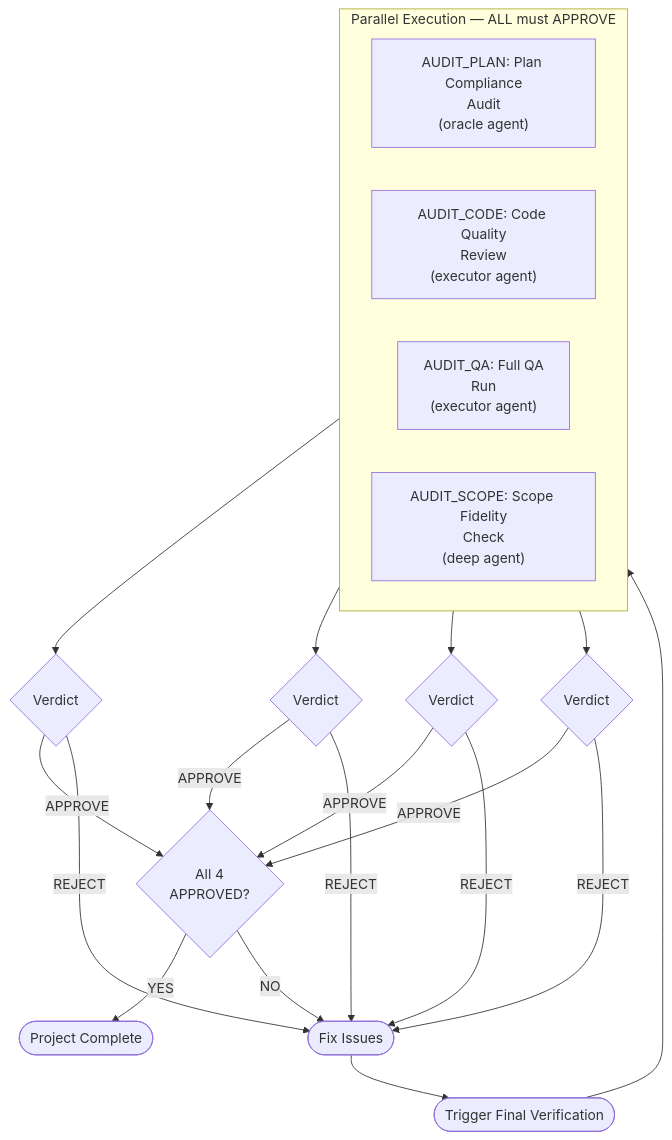
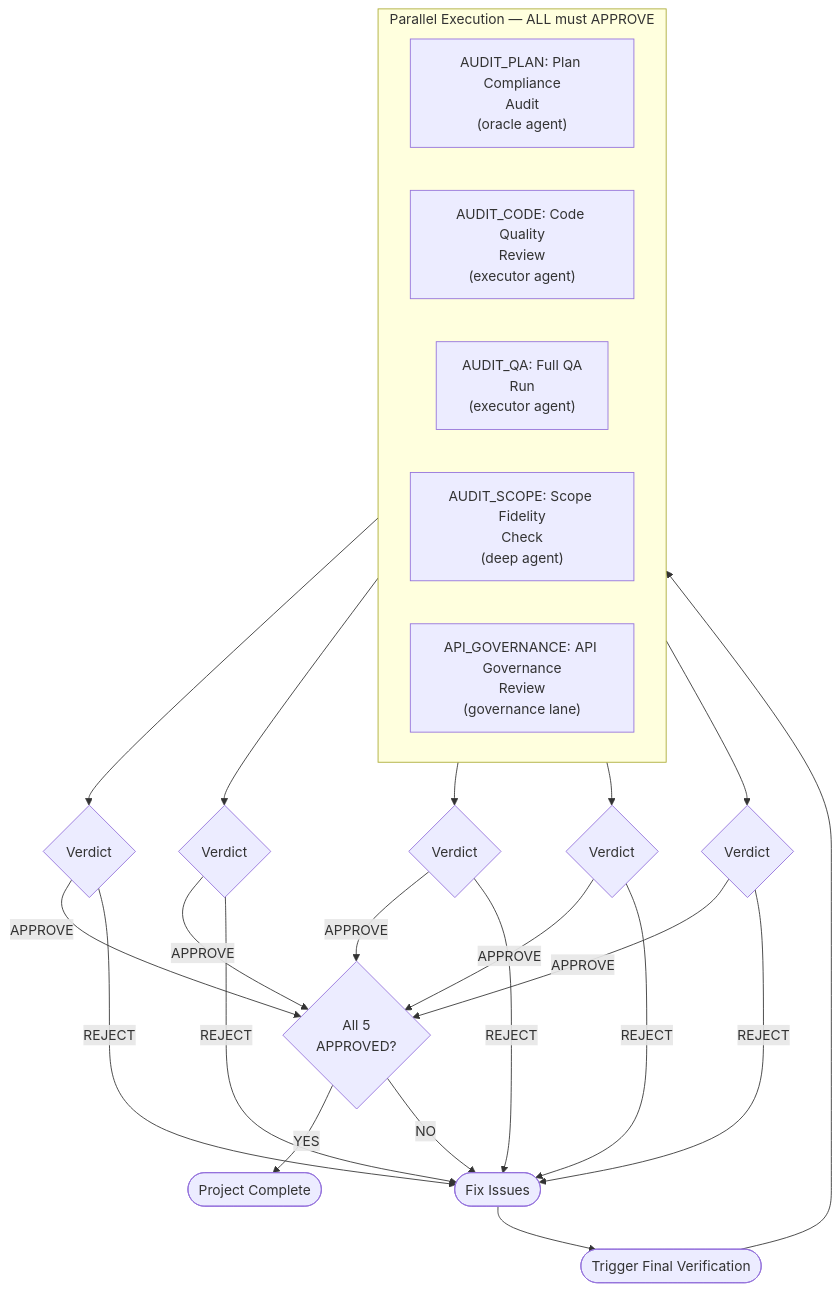
Before and after one commit to 1qh/safeagent: the third of 4 diagrams in plan/requirements.md, drawn with Mermaid. The commit also changed other lines of this file and 3 other files, not shown here.

````diff
--- a/plan/requirements.md
+++ b/plan/requirements.md
@@ -632,32 +632,36 @@
 ```mermaid
 flowchart TB
     START([Trigger Final Verification]) --> PARALLEL
 
     subgraph PARALLEL["Parallel Execution — ALL must APPROVE"]
         direction LR
         AUDIT_PLAN["AUDIT_PLAN: Plan Compliance<br/>Audit<br/>(oracle agent)"]
         AUDIT_CODE["AUDIT_CODE: Code Quality<br/>Review<br/>(executor agent)"]
         AUDIT_QA["AUDIT_QA: Full QA<br/>Run<br/>(executor agent)"]
         AUDIT_SCOPE["AUDIT_SCOPE: Scope Fidelity<br/>Check<br/>(deep agent)"]
+        API_GOVERNANCE["API_GOVERNANCE: API Governance<br/>Review<br/>(governance lane)"]
     end
 
     AUDIT_PLAN --> VERDICT_A{Verdict}
     AUDIT_CODE --> VERDICT_B{Verdict}
     AUDIT_QA --> VERDICT_C{Verdict}
     AUDIT_SCOPE --> VERDICT_D{Verdict}
+    API_GOVERNANCE --> VERDICT_E{Verdict}
 
     VERDICT_A -->|APPROVE| GATE
     VERDICT_B -->|APPROVE| GATE
     VERDICT_C -->|APPROVE| GATE
     VERDICT_D -->|APPROVE| GATE
+    VERDICT_E -->|APPROVE| GATE
 
     VERDICT_A -->|REJECT| FIX([Fix Issues])
     VERDICT_B -->|REJECT| FIX
     VERDICT_C -->|REJECT| FIX
     VERDICT_D -->|REJECT| FIX
+    VERDICT_E -->|REJECT| FIX
 
     FIX --> START
 
-    GATE{All 4<br/>APPROVED?} -->|YES| DONE([Project Complete])
+    GATE{All 5<br/>APPROVED?} -->|YES| DONE([Project Complete])
     GATE -->|NO| FIX
 ```
````
